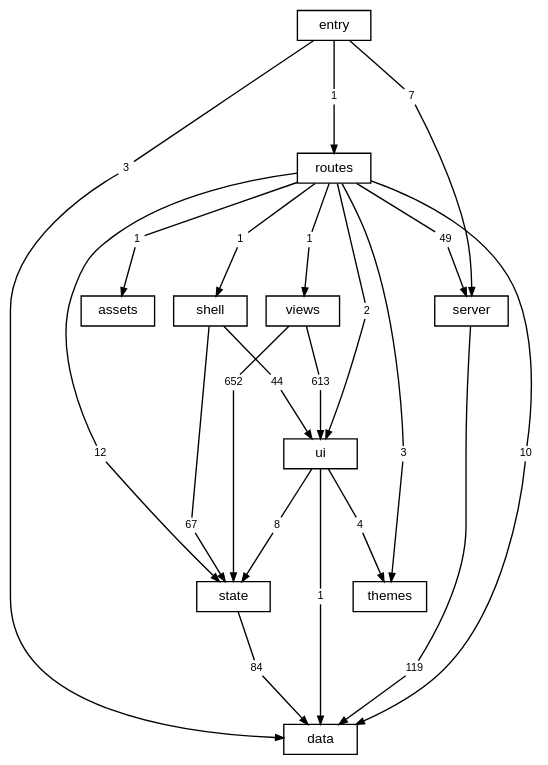
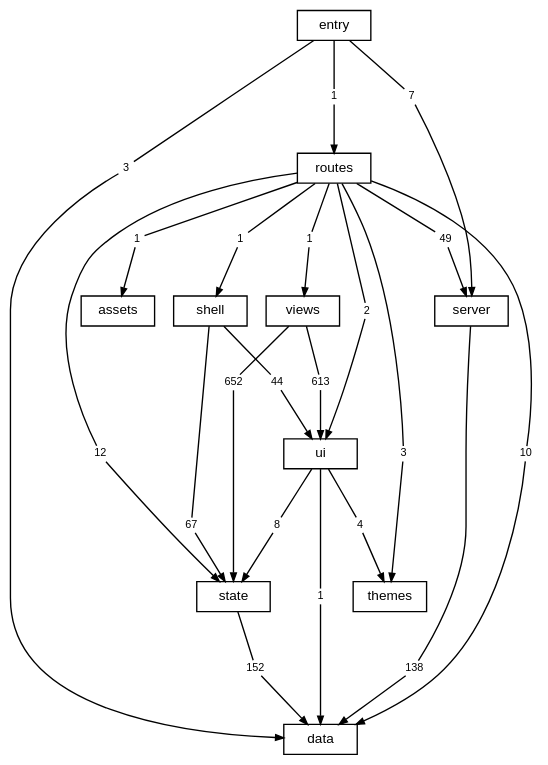
One commit to TheAxeC/oculus changed the diagram in docs/diagrams/layers.dot. Above: the diagram before and after it, drawn with Graphviz. The commit also changed 213 other files, not shown here.

```diff
--- a/docs/diagrams/layers.dot
+++ b/docs/diagrams/layers.dot
@@ -1,75 +1,75 @@
 digraph layers {
     graph [bgcolor="transparent", rankdir=TB, newrank=true, fontname="Helvetica,Arial,sans-serif", fontsize=12, nodesep=0.2, ranksep=0.5];
     node [shape=box, color="black", fontcolor="black", fontname="Helvetica,Arial,sans-serif", fontsize=10, height=0.3, margin="0.12,0.04"];
     edge [color="black", fontcolor="black", fontname="Helvetica,Arial,sans-serif", fontsize=8, arrowsize=0.6];
     "data";
     "server";
     "state";
     "ui";
     "shell";
     "views";
     "themes";
     "routes";
     "src" [label="entry"];
     "files: assets" [label="assets"];
     "routes to data" [label="10", shape=box, color="transparent", fontsize=8, width=0, height=0, margin="0.04,0.02"];
     "routes" -> "routes to data" [arrowhead=none];
     "routes to data" -> "data" [];
     "routes to files: assets" [label="1", shape=box, color="transparent", fontsize=8, width=0, height=0, margin="0.04,0.02"];
     "routes" -> "routes to files: assets" [arrowhead=none];
     "routes to files: assets" -> "files: assets" [];
     "routes to server" [label="49", shape=box, color="transparent", fontsize=8, width=0, height=0, margin="0.04,0.02"];
     "routes" -> "routes to server" [arrowhead=none];
     "routes to server" -> "server" [];
     "routes to shell" [label="1", shape=box, color="transparent", fontsize=8, width=0, height=0, margin="0.04,0.02"];
     "routes" -> "routes to shell" [arrowhead=none];
     "routes to shell" -> "shell" [];
     "routes to state" [label="12", shape=box, color="transparent", fontsize=8, width=0, height=0, margin="0.04,0.02"];
     "routes" -> "routes to state" [arrowhead=none];
     "routes to state" -> "state" [];
     "routes to themes" [label="3", shape=box, color="transparent", fontsize=8, width=0, height=0, margin="0.04,0.02"];
     "routes" -> "routes to themes" [arrowhead=none];
     "routes to themes" -> "themes" [];
     "routes to ui" [label="2", shape=box, color="transparent", fontsize=8, width=0, height=0, margin="0.04,0.02"];
     "routes" -> "routes to ui" [arrowhead=none];
     "routes to ui" -> "ui" [];
     "routes to views" [label="1", shape=box, color="transparent", fontsize=8, width=0, height=0, margin="0.04,0.02"];
     "routes" -> "routes to views" [arrowhead=none];
     "routes to views" -> "views" [];
-    "server to data" [label="119", shape=box, color="transparent", fontsize=8, width=0, height=0, margin="0.04,0.02"];
+    "server to data" [label="138", shape=box, color="transparent", fontsize=8, width=0, height=0, margin="0.04,0.02"];
     "server" -> "server to data" [arrowhead=none];
     "server to data" -> "data" [];
     "shell to state" [label="67", shape=box, color="transparent", fontsize=8, width=0, height=0, margin="0.04,0.02"];
     "shell" -> "shell to state" [arrowhead=none];
     "shell to state" -> "state" [];
     "shell to ui" [label="44", shape=box, color="transparent", fontsize=8, width=0, height=0, margin="0.04,0.02"];
     "shell" -> "shell to ui" [arrowhead=none];
     "shell to ui" -> "ui" [];
     "src to data" [label="3", shape=box, color="transparent", fontsize=8, width=0, height=0, margin="0.04,0.02"];
     "src" -> "src to data" [arrowhead=none];
     "src to data" -> "data" [];
     "src to routes" [label="1", shape=box, color="transparent", fontsize=8, width=0, height=0, margin="0.04,0.02"];
     "src" -> "src to routes" [arrowhead=none];
     "src to routes" -> "routes" [];
     "src to server" [label="7", shape=box, color="transparent", fontsize=8, width=0, height=0, margin="0.04,0.02"];
     "src" -> "src to server" [arrowhead=none];
     "src to server" -> "server" [];
-    "state to data" [label="84", shape=box, color="transparent", fontsize=8, width=0, height=0, margin="0.04,0.02"];
+    "state to data" [label="152", shape=box, color="transparent", fontsize=8, width=0, height=0, margin="0.04,0.02"];
     "state" -> "state to data" [arrowhead=none];
     "state to data" -> "data" [];
     "ui to data" [label="1", shape=box, color="transparent", fontsize=8, width=0, height=0, margin="0.04,0.02"];
     "ui" -> "ui to data" [arrowhead=none];
     "ui to data" -> "data" [];
     "ui to state" [label="8", shape=box, color="transparent", fontsize=8, width=0, height=0, margin="0.04,0.02"];
     "ui" -> "ui to state" [arrowhead=none];
     "ui to state" -> "state" [];
     "ui to themes" [label="4", shape=box, color="transparent", fontsize=8, width=0, height=0, margin="0.04,0.02"];
     "ui" -> "ui to themes" [arrowhead=none];
     "ui to themes" -> "themes" [];
     "views to state" [label="652", shape=box, color="transparent", fontsize=8, width=0, height=0, margin="0.04,0.02"];
     "views" -> "views to state" [arrowhead=none];
     "views to state" -> "state" [];
     "views to ui" [label="613", shape=box, color="transparent", fontsize=8, width=0, height=0, margin="0.04,0.02"];
     "views" -> "views to ui" [arrowhead=none];
     "views to ui" -> "ui" [];
 }
```
